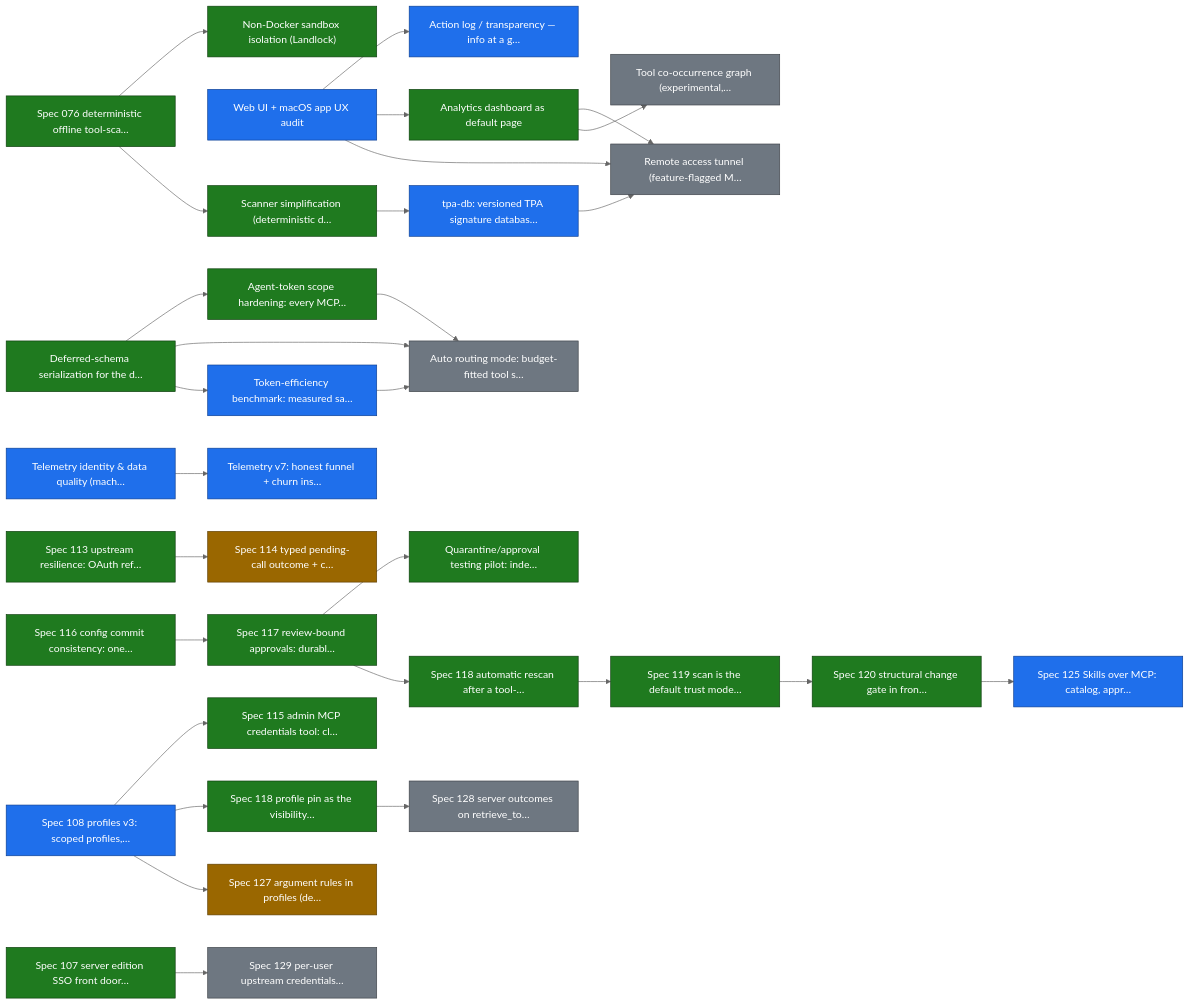
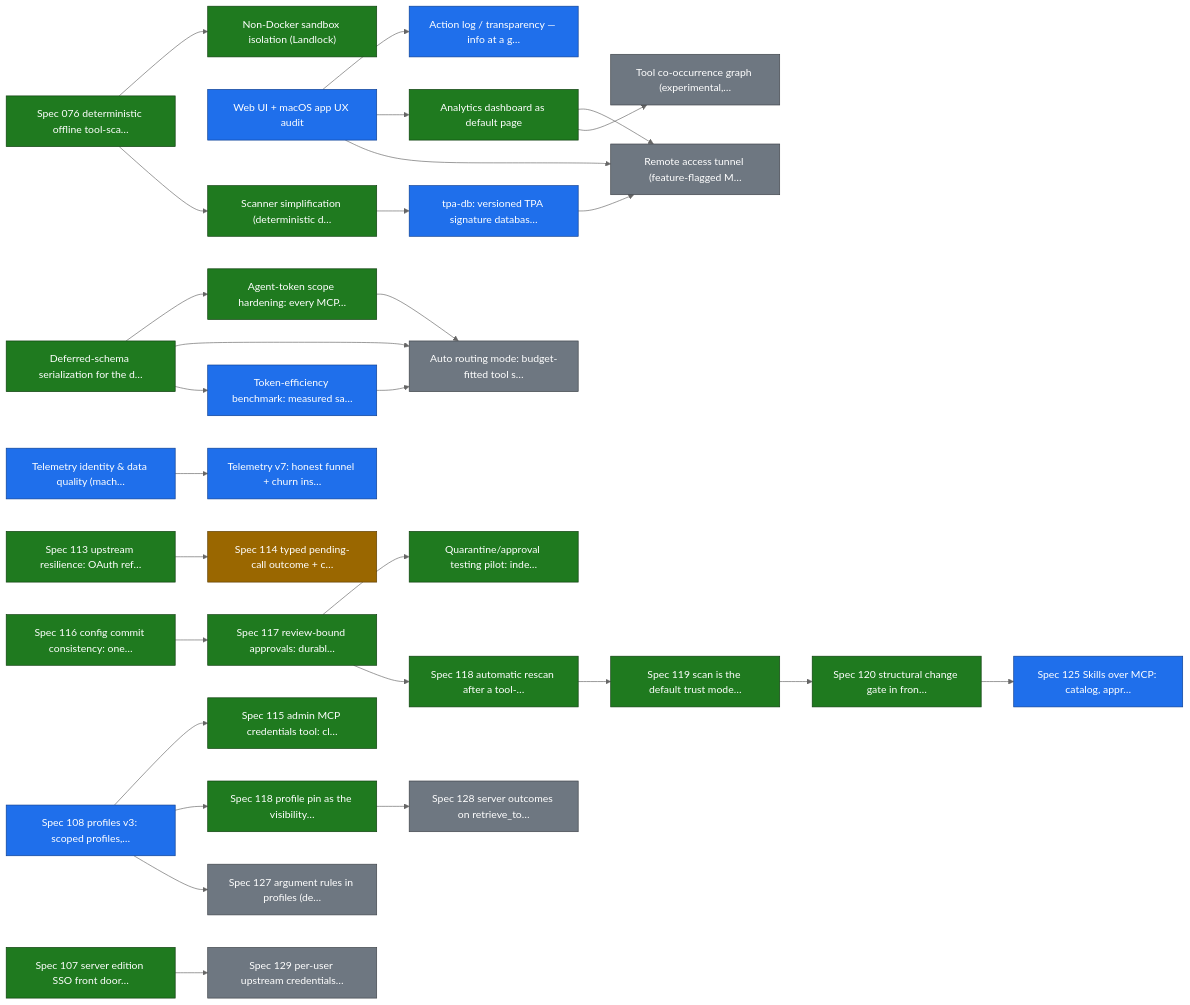
Before and after one commit to smart-mcp-proxy/mcpproxy-go: the first of 32 diagrams in ROADMAP.md, drawn with Mermaid (neutral theme). The commit also changed other lines of this file and 1 other file, not shown here.

Commit message:
Record the approved profile argument rules specification

````diff
--- a/ROADMAP.md
+++ b/ROADMAP.md
@@ -36,71 +36,71 @@
 ```mermaid
 graph LR
   sandbox_isolation["Non-Docker sandbox isolation (Landlock)"]
   scanner_v2["Spec 076 deterministic offline tool-sca…"]
   ux_audit["Web UI + macOS app UX audit"]
   action_log_transparency["Action log / transparency — info at a g…"]
   analytics_dashboard["Analytics dashboard as default page"]
   scanner_simplification["Scanner simplification (deterministic d…"]
   tpa_db["tpa-db: versioned TPA signature databas…"]
   remote_access_tunnel["Remote access tunnel (feature-flagged M…"]
   schema_deferred["Deferred-schema serialization for the d…"]
   agent_scope_hardening["Agent-token scope hardening: every MCP…"]
   auto_routing_mode["Auto routing mode: budget-fitted tool s…"]
   token_bench["Token-efficiency benchmark: measured sa…"]
   tool_graph["Tool co-occurrence graph (experimental,…"]
   telemetry_identity["Telemetry identity & data quality (mach…"]
   telemetry_v7_churn["Telemetry v7: honest funnel + churn ins…"]
   sso["Spec 107 server edition SSO front door…"]
   profiles_v3["Spec 108 profiles v3: scoped profiles,…"]
   upstream_resilience["Spec 113 upstream resilience: OAuth ref…"]
   pending_call_outcome["Spec 114 typed pending-call outcome + c…"]
   mcp_credential_lifecycle["Spec 115 admin MCP credentials tool: cl…"]
   config_commit_consistency["Spec 116 config commit consistency: one…"]
   review_bound_approvals["Spec 117 review-bound approvals: durabl…"]
   quarantine_approval_pilot["Quarantine/approval testing pilot: inde…"]
   auto_rescan_on_change["Spec 118 automatic rescan after a tool-…"]
   pin_visibility_boundary["Spec 118 profile pin as the visibility…"]
   scan_default_trust["Spec 119 scan is the default trust mode…"]
   scan_structural_gate["Spec 120 structural change gate in fron…"]
   skills_over_mcp["Spec 125 Skills over MCP: catalog, appr…"]
   profile_argument_rules["Spec 127 argument rules in profiles (de…"]
   server_list_outcomes["Spec 128 server outcomes on retrieve_to…"]
   per_user_upstream_credentials["Spec 129 per-user upstream credentials…"]
 
   scanner_v2 --> sandbox_isolation
   ux_audit --> action_log_transparency
   ux_audit --> analytics_dashboard
   scanner_v2 --> scanner_simplification
   scanner_simplification --> tpa_db
   tpa_db --> remote_access_tunnel
   ux_audit --> remote_access_tunnel
   analytics_dashboard --> remote_access_tunnel
   schema_deferred --> agent_scope_hardening
   agent_scope_hardening --> auto_routing_mode
   schema_deferred --> auto_routing_mode
   token_bench --> auto_routing_mode
   schema_deferred --> token_bench
   analytics_dashboard --> tool_graph
   telemetry_identity --> telemetry_v7_churn
   upstream_resilience --> pending_call_outcome
   profiles_v3 --> mcp_credential_lifecycle
   config_commit_consistency --> review_bound_approvals
   review_bound_approvals --> quarantine_approval_pilot
   review_bound_approvals --> auto_rescan_on_change
   profiles_v3 --> pin_visibility_boundary
   auto_rescan_on_change --> scan_default_trust
   scan_default_trust --> scan_structural_gate
   scan_structural_gate --> skills_over_mcp
   profiles_v3 --> profile_argument_rules
   pin_visibility_boundary --> server_list_outcomes
   sso --> per_user_upstream_credentials
 
   classDef done fill:#1f7a1f,stroke:#0d3d0d,color:#ffffff;
   classDef in_progress fill:#1f6feb,stroke:#0b3d91,color:#ffffff;
   classDef in_review fill:#9a6700,stroke:#5c3d00,color:#ffffff;
   classDef todo fill:#6e7781,stroke:#3d4248,color:#ffffff;
   class sandbox_isolation,scanner_v2,analytics_dashboard,scanner_simplification,schema_deferred,agent_scope_hardening,sso,upstream_resilience,mcp_credential_lifecycle,config_commit_consistency,review_bound_approvals,quarantine_approval_pilot,auto_rescan_on_change,pin_visibility_boundary,scan_default_trust,scan_structural_gate done;
   class ux_audit,action_log_transparency,tpa_db,token_bench,telemetry_identity,telemetry_v7_churn,profiles_v3,skills_over_mcp in_progress;
-  class pending_call_outcome,profile_argument_rules in_review;
-  class remote_access_tunnel,auto_routing_mode,tool_graph,server_list_outcomes,per_user_upstream_credentials todo;
+  class pending_call_outcome in_review;
+  class remote_access_tunnel,auto_routing_mode,tool_graph,profile_argument_rules,server_list_outcomes,per_user_upstream_credentials todo;
 ```
````
